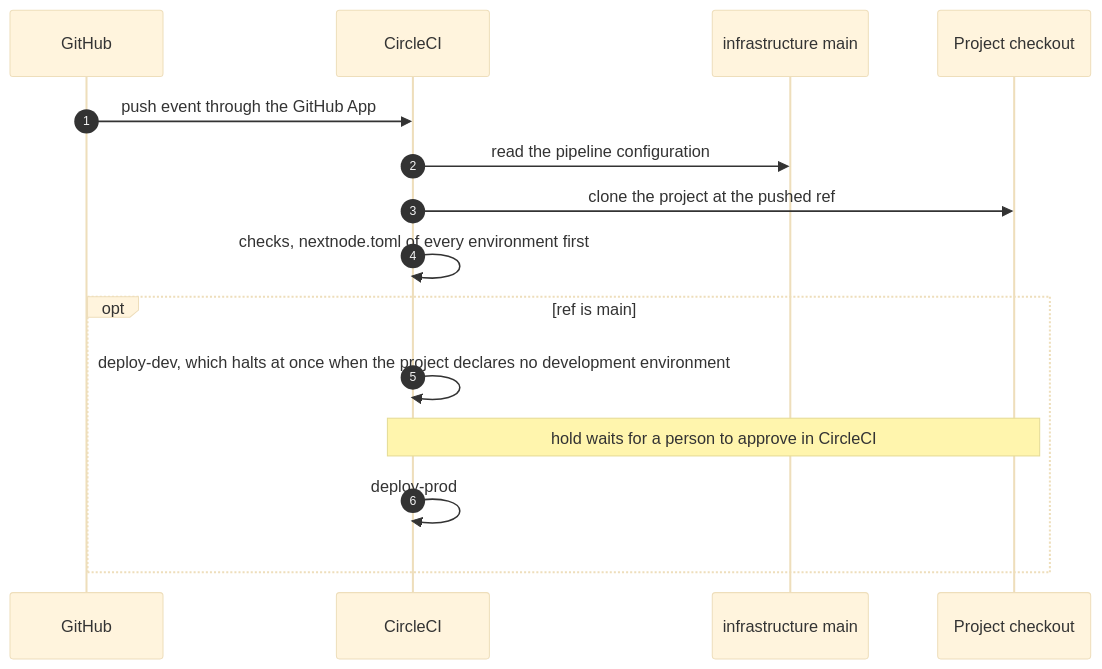
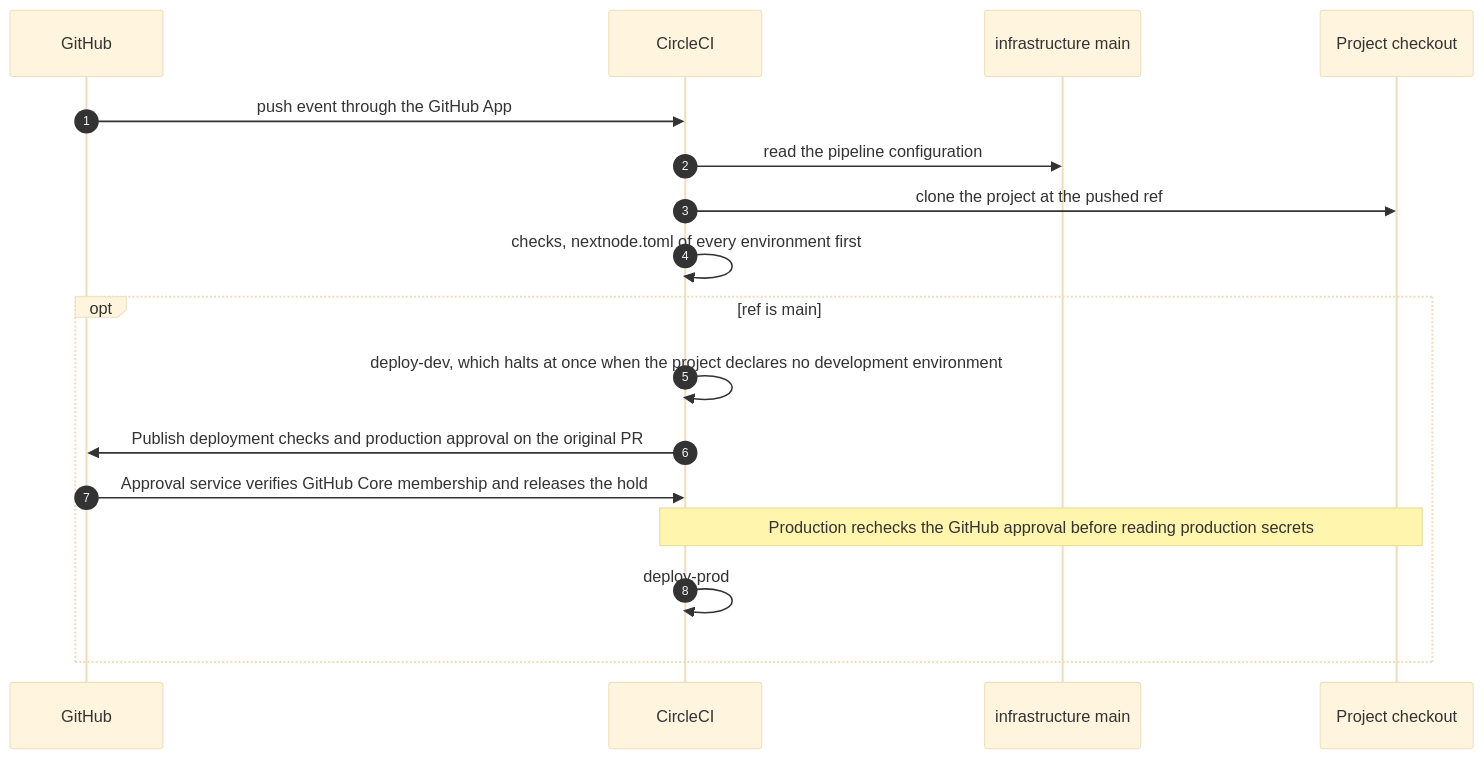
The second of 3 diagrams in docs/architecture.md (NextNodeSolutions/infrastructure-circleci), drawn with Mermaid (base theme) before and after one commit. The commit also changed other lines of this file and 39 other files, not shown here.

Commit message:
feat(ci): report releases and authorize production through GitHub

````diff
--- a/docs/architecture.md
+++ b/docs/architecture.md
@@ -54,17 +54,19 @@
 ```mermaid
 sequenceDiagram
     autonumber
     participant G as GitHub
     participant C as CircleCI
     participant I as infrastructure main
     participant P as Project checkout
     G->>C: push event through the GitHub App
     C->>I: read the pipeline configuration
     C->>P: clone the project at the pushed ref
     C->>C: checks, nextnode.toml of every environment first
     opt ref is main
         C->>C: deploy-dev, which halts at once when the project declares no development environment
-        Note over C,P: hold waits for a person to approve in CircleCI
+        C->>G: Publish deployment checks and production approval on the original PR
+        G->>C: Approval service verifies GitHub Core membership and releases the hold
+        Note over C,P: Production rechecks the GitHub approval before reading production secrets
         C->>C: deploy-prod
     end
 ```
````
